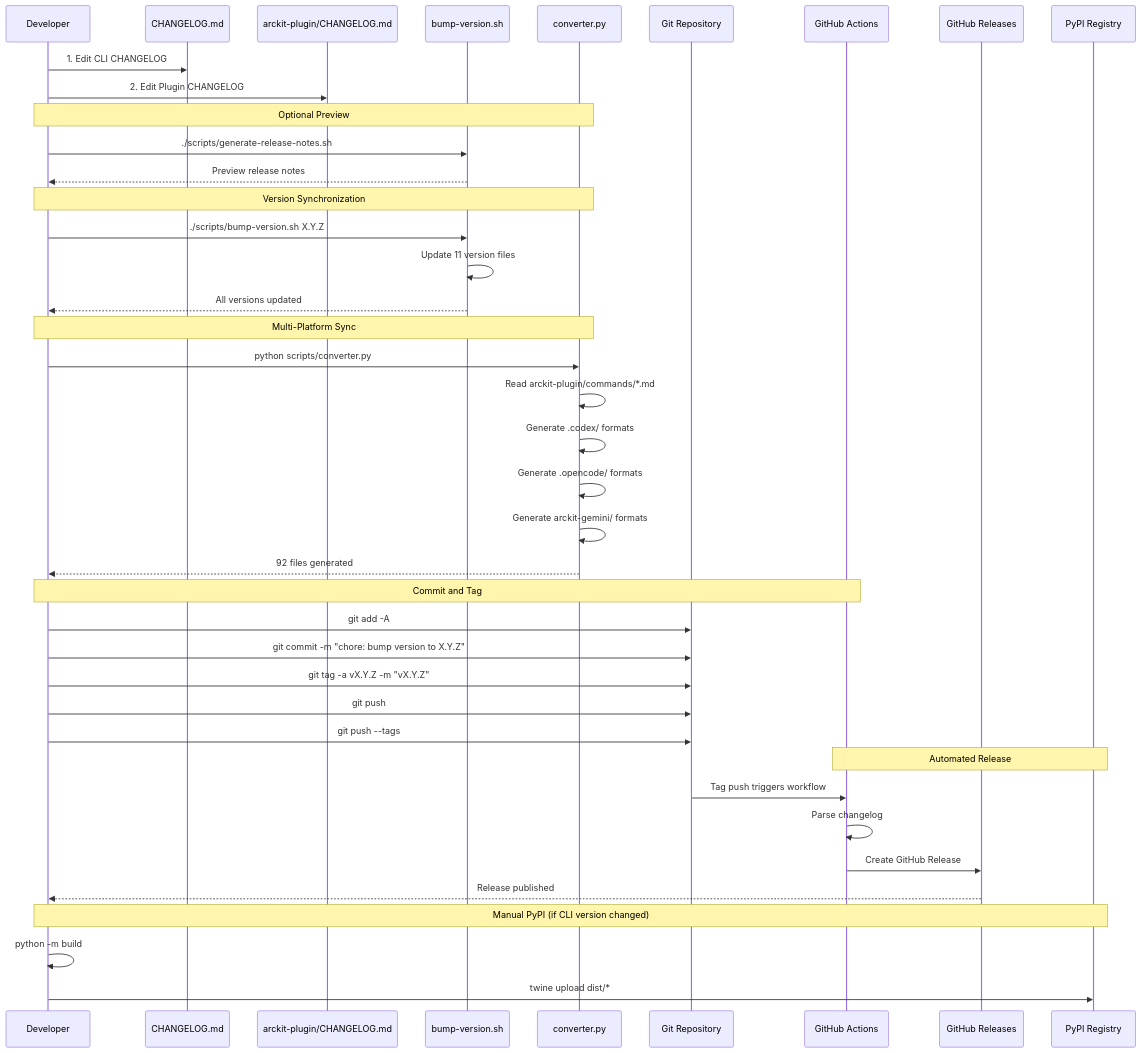
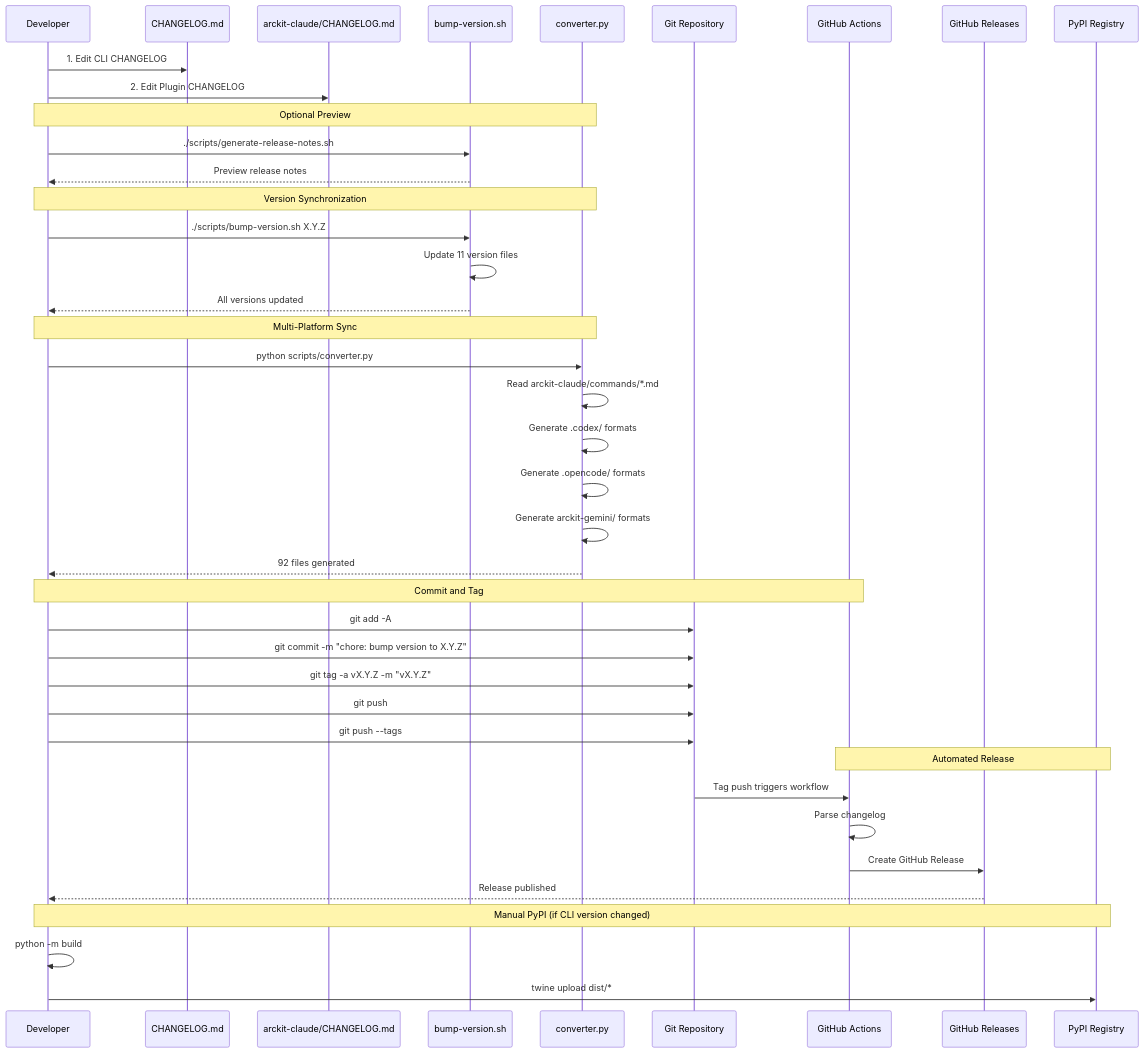
One commit to AmirulAndalib/arc-kit changed the diagram in docs/book-research/deepwiki-diagrams/candidates/68d7591d.mmd. Above: the diagram before and after it, drawn with Mermaid. The commit also changed 9 other files, not shown here.

First line of the commit message:
docs: audit remaining 16 candidates; deep-fix converter, doc-types, analyze flow, filename validator

```diff
--- a/docs/book-research/deepwiki-diagrams/candidates/68d7591d.mmd
+++ b/docs/book-research/deepwiki-diagrams/candidates/68d7591d.mmd
@@ -1,47 +1,48 @@
+%% audited 2026-04-20 (bulk path/version fixes)
 sequenceDiagram
     participant Dev as Developer
     participant CL as CHANGELOG.md
-    participant PCL as arckit-plugin/CHANGELOG.md
+    participant PCL as arckit-claude/CHANGELOG.md
     participant Bump as bump-version.sh
     participant Conv as converter.py
     participant Git as Git Repository
     participant GHA as GitHub Actions
     participant GHR as GitHub Releases
     participant PyPI as PyPI Registry
     
     Dev->>CL: 1. Edit CLI CHANGELOG
     Dev->>PCL: 2. Edit Plugin CHANGELOG
     
     Note over Dev,Conv: Optional Preview
     Dev->>Bump: ./scripts/generate-release-notes.sh
     Bump-->>Dev: Preview release notes
     
     Note over Dev,Conv: Version Synchronization
     Dev->>Bump: ./scripts/bump-version.sh X.Y.Z
     Bump->>Bump: Update 11 version files
     Bump-->>Dev: All versions updated
     
     Note over Dev,Conv: Multi-Platform Sync
     Dev->>Conv: python scripts/converter.py
-    Conv->>Conv: Read arckit-plugin/commands/*.md
+    Conv->>Conv: Read arckit-claude/commands/*.md
     Conv->>Conv: Generate .codex/ formats
     Conv->>Conv: Generate .opencode/ formats
     Conv->>Conv: Generate arckit-gemini/ formats
     Conv-->>Dev: 92 files generated
     
     Note over Dev,GHA: Commit and Tag
     Dev->>Git: git add -A
     Dev->>Git: git commit -m "chore: bump version to X.Y.Z"
     Dev->>Git: git tag -a vX.Y.Z -m "vX.Y.Z"
     Dev->>Git: git push
     Dev->>Git: git push --tags
     
     Note over GHA,PyPI: Automated Release
     Git->>GHA: Tag push triggers workflow
     GHA->>GHA: Parse changelog
     GHA->>GHR: Create GitHub Release
     GHR-->>Dev: Release published
     
     Note over Dev,PyPI: Manual PyPI (if CLI version changed)
     Dev->>Dev: python -m build
     Dev->>PyPI: twine upload dist/*
```
